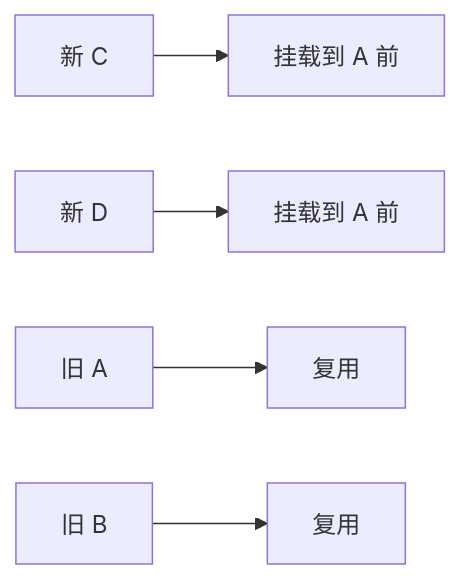
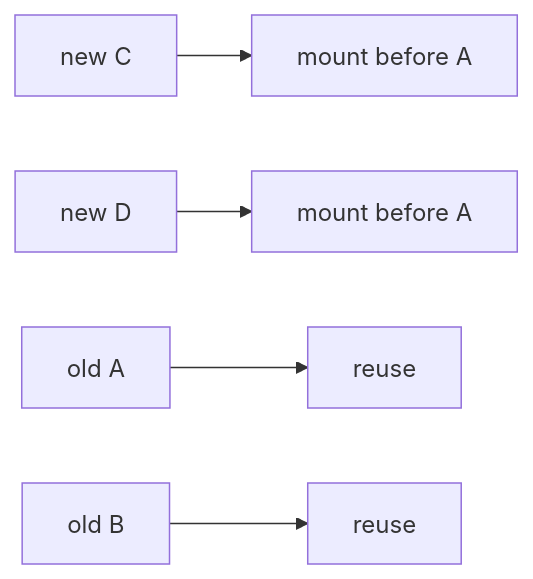
One commit to Tajigaqzh/front_basic changed the tenth of 17 diagrams in docs/vue/source/runtime-core/diff-algorithm-interview.md. Above: the diagram before and after it, drawn with Mermaid. The commit also changed other lines of this file and 11 other files, not shown here.

````diff
--- a/docs/vue/source/runtime-core/diff-algorithm-interview.md
+++ b/docs/vue/source/runtime-core/diff-algorithm-interview.md
@@ -413,7 +413,7 @@
 ```mermaid
 flowchart LR
-  N1[新 C] --> M1[挂载到 A 前]
-  N2[新 D] --> M2[挂载到 A 前]
-  O1[旧 A] --> P1[复用]
-  O2[旧 B] --> P2[复用]
+  N1["new C"] --> M1["mount before A"]
+  N2["new D"] --> M2["mount before A"]
+  O1["old A"] --> P1["reuse"]
+  O2["old B"] --> P2["reuse"]
 ```
````
